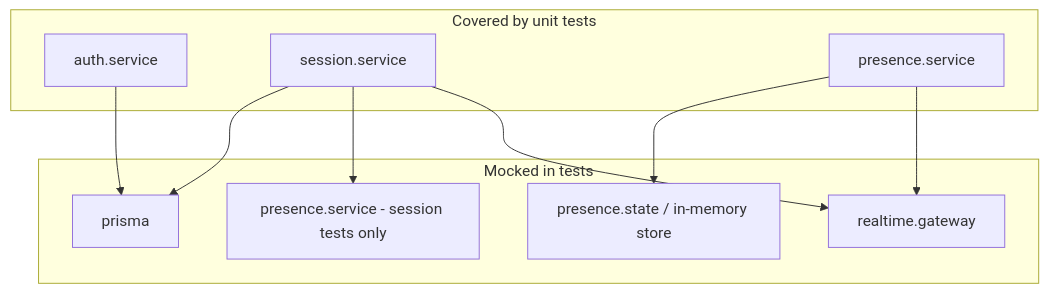
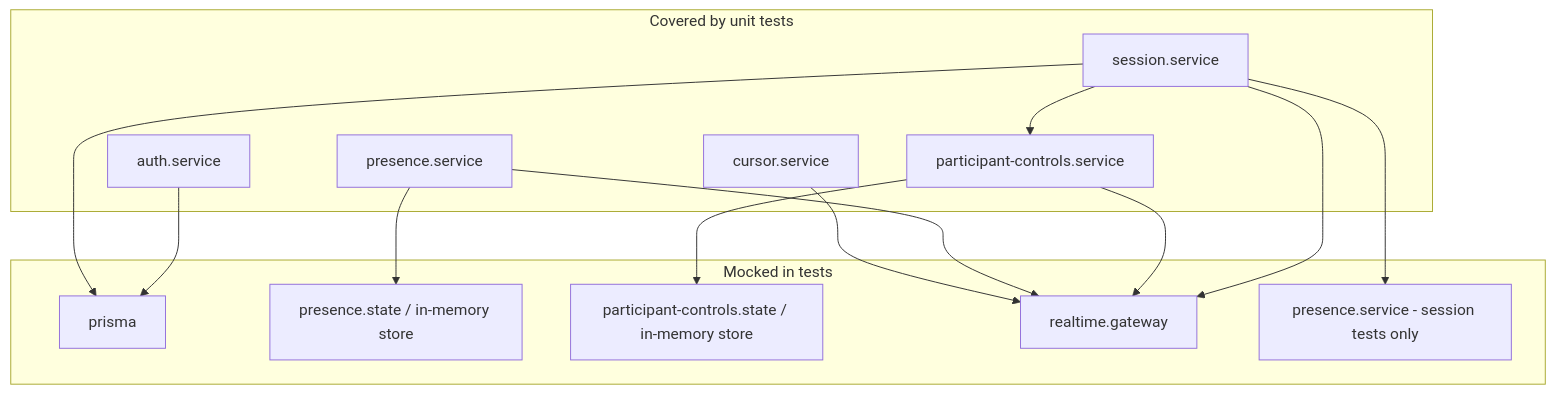
The diagram in unit_tests_doc.md (waiyan-minkhant/english-learning-app), drawn with Mermaid before and after one commit. The commit also changed other lines of this file and 61 other files, not shown here.

Commit message:
Implemented permission controls for cursor and mic

````diff
--- a/unit_tests_doc.md
+++ b/unit_tests_doc.md
@@ -133,20 +136,27 @@
 ```mermaid
 flowchart TB
   subgraph tested [Covered by unit tests]
     AuthSvc[auth.service]
     SessionSvc[session.service]
+    ControlsSvc[participant-controls.service]
     PresenceSvc[presence.service]
+    CursorSvc[cursor.service]
   end
   subgraph mocked [Mocked in tests]
     Prisma[prisma]
     PresenceState[presence.state / in-memory store]
+    ControlsState[participant-controls.state / in-memory store]
     Gateway[realtime.gateway]
     PresencePeer[presence.service - session tests only]
   end
   AuthSvc --> Prisma
   SessionSvc --> Prisma
   SessionSvc --> PresencePeer
+  SessionSvc --> ControlsSvc
   SessionSvc --> Gateway
+  ControlsSvc --> ControlsState
+  ControlsSvc --> Gateway
   PresenceSvc --> PresenceState
   PresenceSvc --> Gateway
+  CursorSvc --> Gateway
 ```
````
